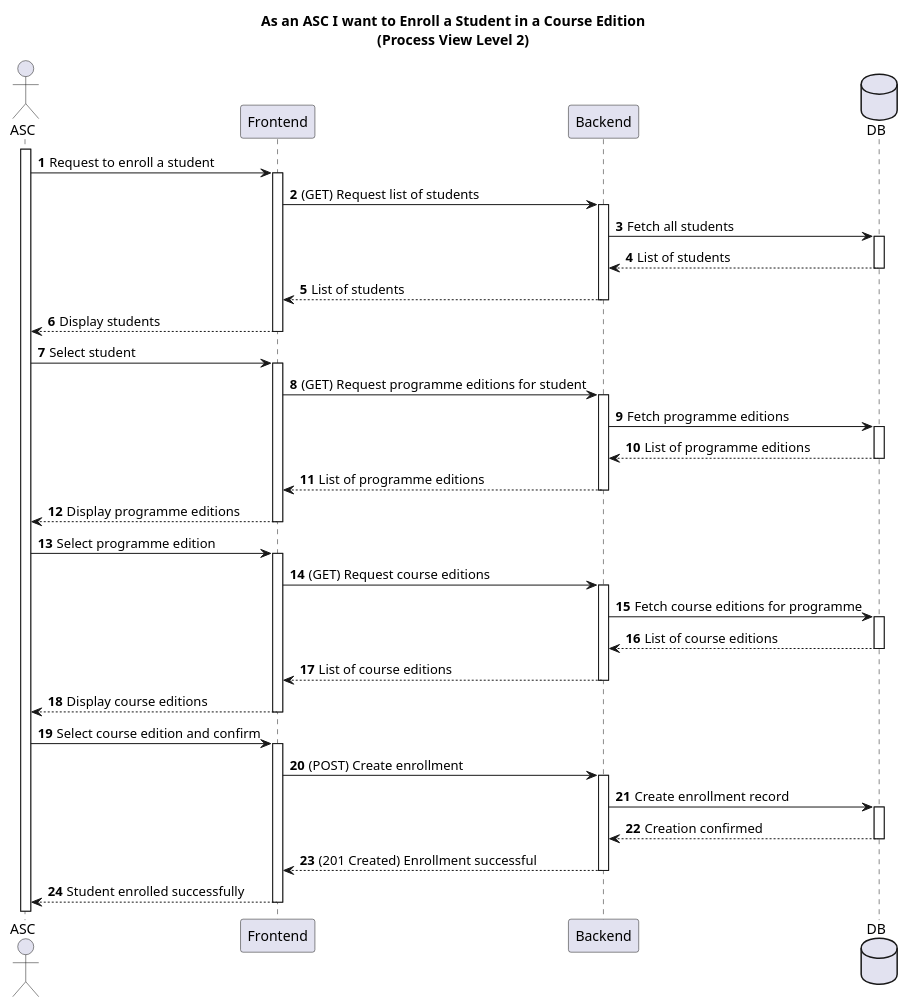
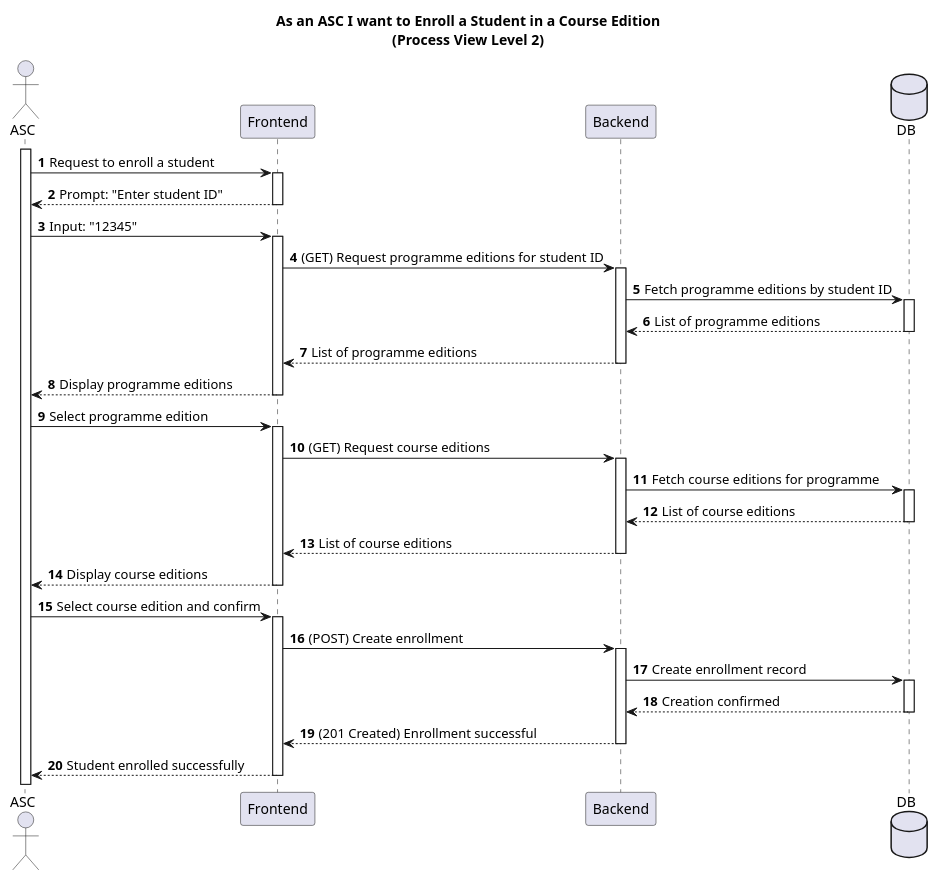
The diagram in docs/US16/sprint6_RestController/process_view/Level2.puml (GasparISEP/DevOps-PAI), drawn with PlantUML before and after one commit. The commit also changed 3 other files, not shown here.

Commit message:
docs: Updated UML diagrams in process view to replace student name prompts with student ID prompts for enrollment. This change enhances clarity in the enrollment process. refs #589 #500

```diff
--- a/docs/US16/sprint6_RestController/process_view/Level2.puml
+++ b/docs/US16/sprint6_RestController/process_view/Level2.puml
@@ -1,40 +1,35 @@
 @startuml
 autonumber
 
 title As an ASC I want to Enroll a Student in a Course Edition\n(Process View Level 2)
 
 actor ASC
 participant "Frontend" as FE
 participant "Backend" as BE
 database DB
 
 activate ASC
 ASC -> FE ++: Request to enroll a student
-FE -> BE ++: (GET) Request list of students
-BE -> DB ++: Fetch all students
-DB --> BE --: List of students
-BE --> FE --: List of students
-FE --> ASC --: Display students
-
-ASC -> FE ++: Select student
-FE -> BE ++: (GET) Request programme editions for student
-BE -> DB ++: Fetch programme editions
+FE --> ASC --: Prompt: "Enter student ID"
+ASC -> FE ++: Input: "12345"
+FE -> BE ++: (GET) Request programme editions for student ID
+BE -> DB ++: Fetch programme editions by student ID
 DB --> BE --: List of programme editions
 BE --> FE --: List of programme editions
 FE --> ASC --: Display programme editions
 
 ASC -> FE ++: Select programme edition
 FE -> BE ++: (GET) Request course editions
 BE -> DB ++: Fetch course editions for programme
 DB --> BE --: List of course editions
 BE --> FE --: List of course editions
 FE --> ASC --: Display course editions
 
 ASC -> FE ++: Select course edition and confirm
 FE -> BE ++: (POST) Create enrollment
 BE -> DB ++: Create enrollment record
 DB --> BE --: Creation confirmed
 BE --> FE --: (201 Created) Enrollment successful
 FE --> ASC --: Student enrolled successfully
 
-@enduml 
+@enduml
```
